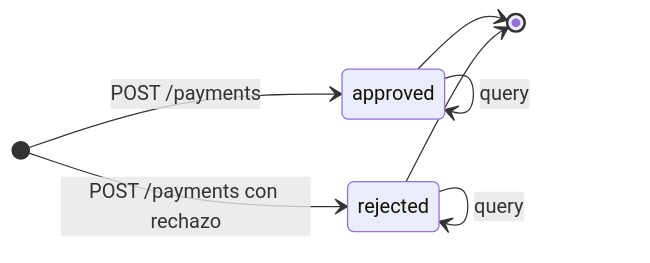
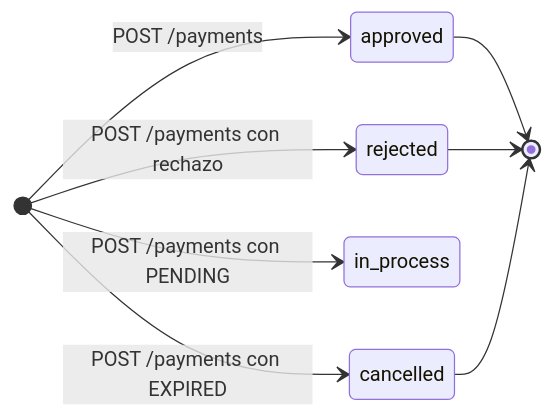
One commit to PurosBrothers/Kit-Pagos-Colombia---Tesis changed the fourth of 7 diagrams in docs/02-arquitectura/3-api-de-simulacion.md. Above: the diagram before and after it, drawn with Mermaid. The commit also changed other lines of this file and 8 other files, not shown here.

````diff
--- a/docs/02-arquitectura/3-api-de-simulacion.md
+++ b/docs/02-arquitectura/3-api-de-simulacion.md
@@ -251,10 +278,11 @@
 ```mermaid
 stateDiagram-v2
     direction LR
     [*] --> approved : POST /payments
     [*] --> rejected : POST /payments con rechazo
-    approved --> approved : query
-    rejected --> rejected : query
+    [*] --> in_process : POST /payments con PENDING
+    [*] --> cancelled : POST /payments con EXPIRED
     approved --> [*]
     rejected --> [*]
+    cancelled --> [*]
 ```
````
